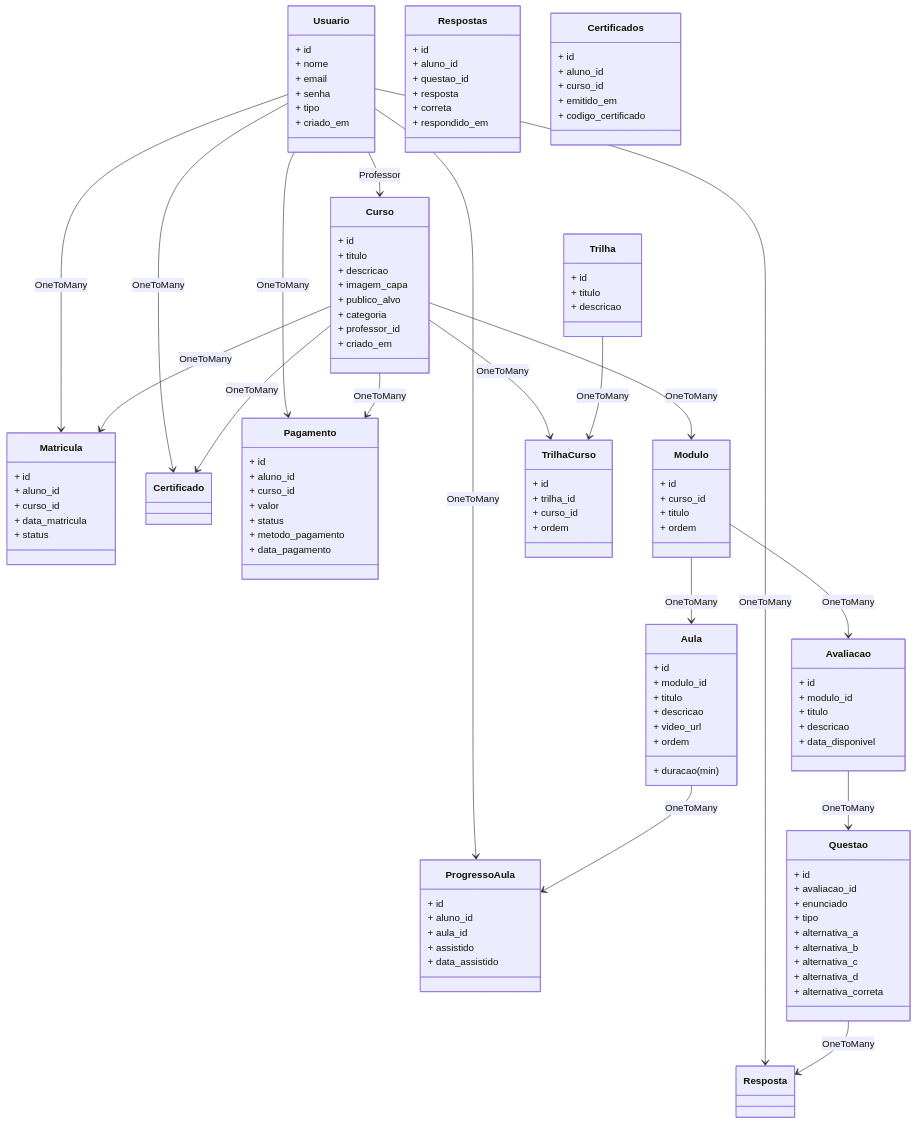
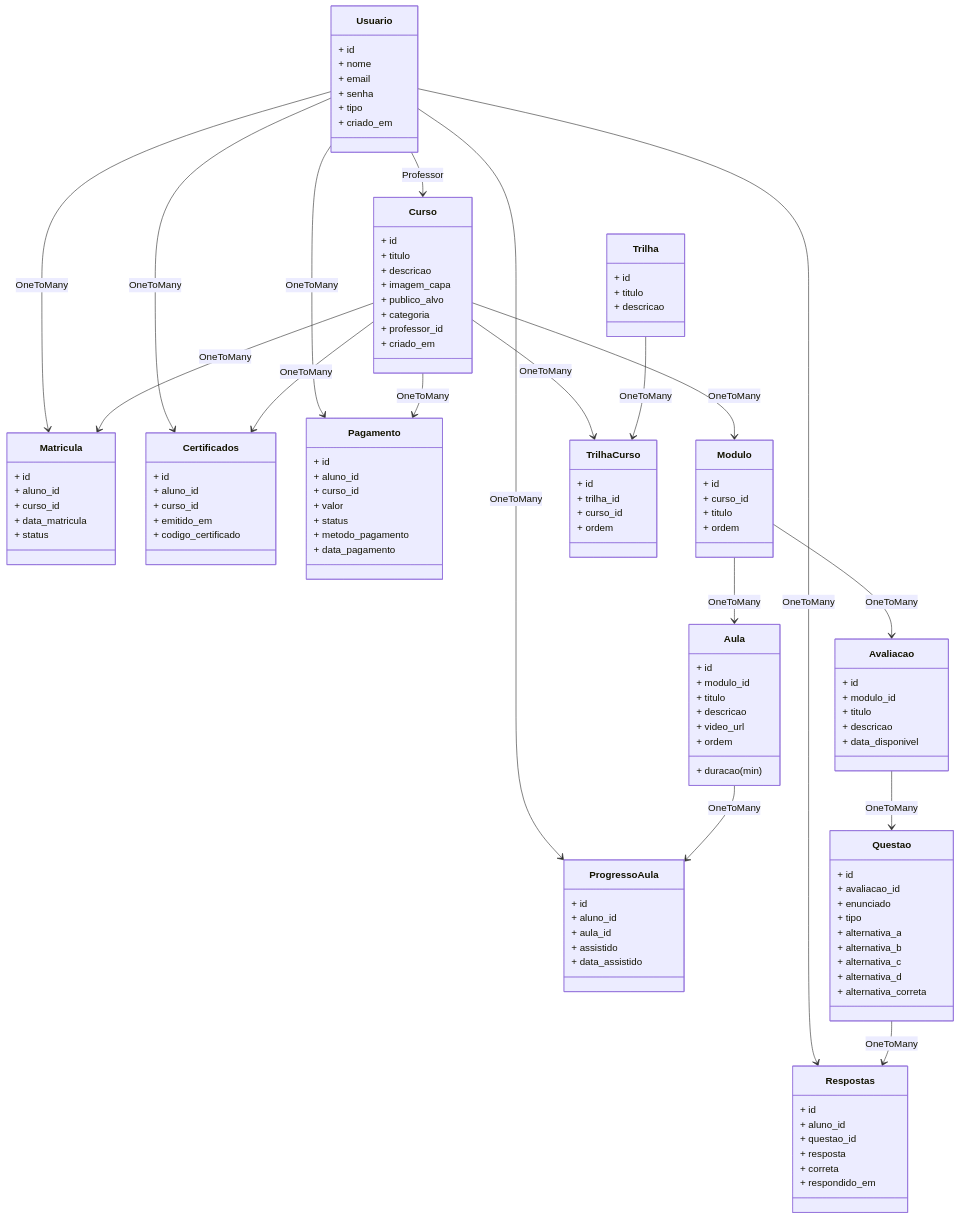
Before and after one commit to JoseEduardo-max/Escola_EAD: the diagram in README.md, drawn with Mermaid.

Commit message:
correção de bugs

```diff
--- a/README.md
+++ b/README.md
@@ -92,13 +92,13 @@
     Usuario --> Curso: Professor
     Usuario --> Matricula: OneToMany
     Usuario --> ProgressoAula: OneToMany
-    Usuario --> Resposta: OneToMany
-    Usuario --> Certificado: OneToMany
+    Usuario --> Respostas: OneToMany
+    Usuario --> Certificados: OneToMany
     Usuario --> Pagamento: OneToMany
 
     Curso --> Modulo: OneToMany
     Curso --> Matricula: OneToMany
-    Curso --> Certificado: OneToMany
+    Curso --> Certificados: OneToMany
     Curso --> Pagamento: OneToMany
     Curso --> TrilhaCurso: OneToMany
 
@@ -109,7 +109,7 @@
 
     Avaliacao --> Questao: OneToMany
 
-    Questao --> Resposta: OneToMany
+    Questao --> Respostas: OneToMany
 
     Trilha --> TrilhaCurso: OneToMany
 
```
